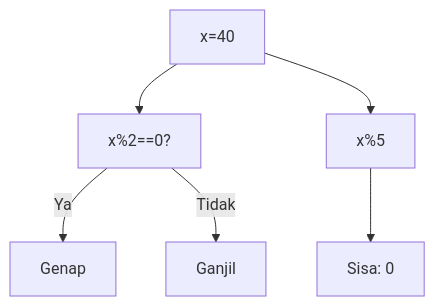
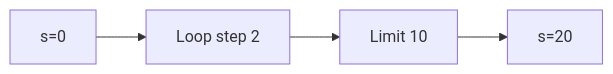
Before and after one commit to amnahwaida/OSNK_INF_PREP: the eighth of 25 diagrams in part-c-pemahaman-cpp/03-perulangan/latihan/set-03.md, drawn with Mermaid. The commit also changed other lines of this file and 71 other files, not shown here.

````diff
--- a/part-c-pemahaman-cpp/03-perulangan/latihan/set-03.md
+++ b/part-c-pemahaman-cpp/03-perulangan/latihan/set-03.md
@@ -210,8 +210,6 @@
 ```mermaid
-graph TD
-A["x=40"] --> B["x%2==0?"]
-B -- Ya --> C["Genap"]
-B -- Tidak --> D["Ganjil"]
-A --> E["x%5"]
-E --> F["Sisa: 0"]
+graph LR
+A["s=0"] --> B["Loop step 2"]
+B --> C["Limit 10"]
+C --> D["s=20"]
 ```
````
